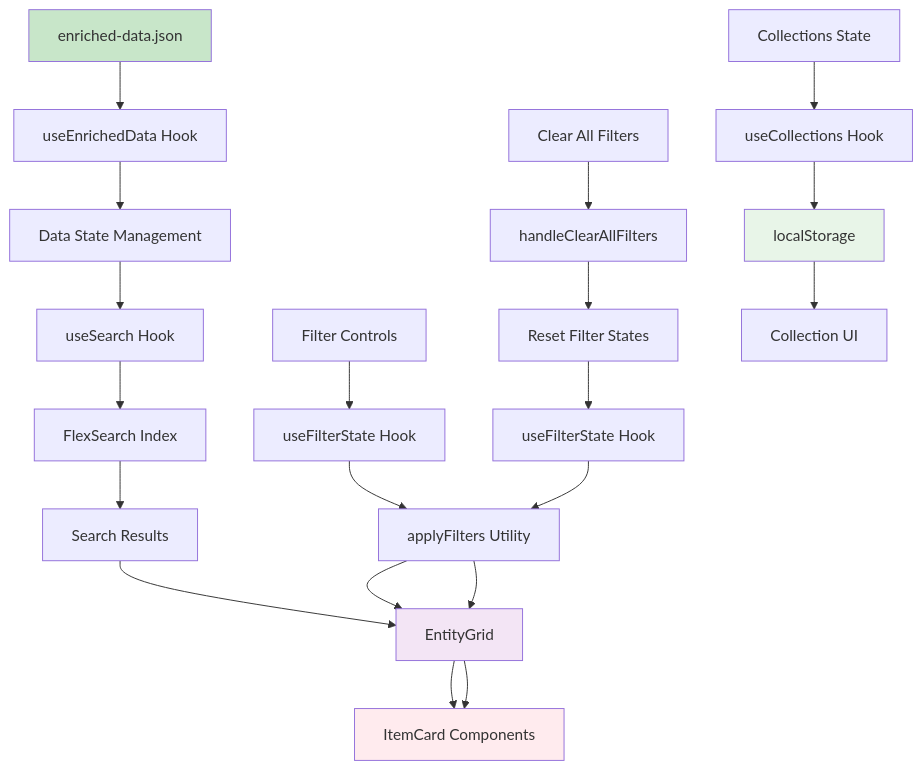
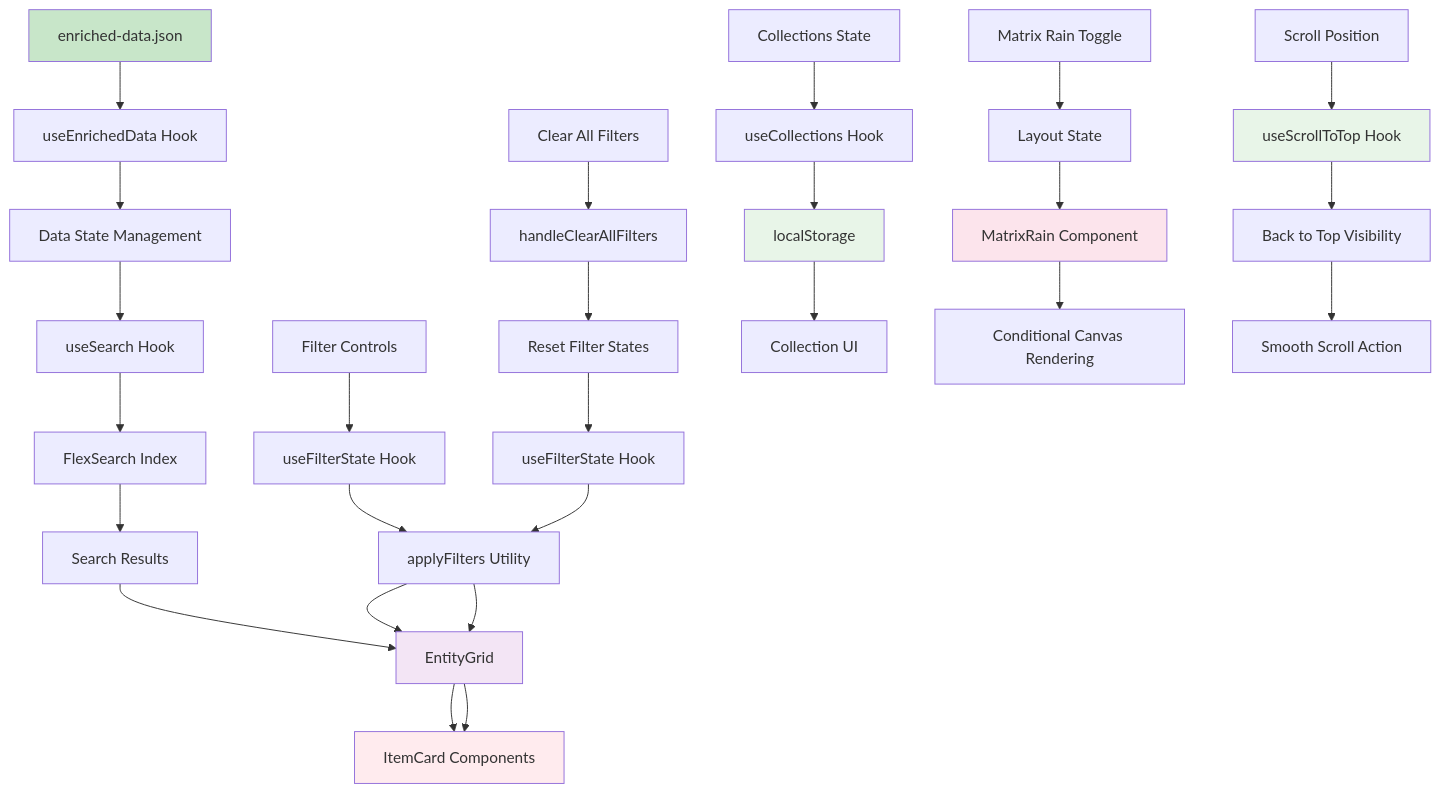
Before and after one commit to AustroMelee/Austros-ATLA-World: the fourth of 18 diagrams in docs/data flow.md, drawn with Mermaid. The commit also changed other lines of this file and 132 other files, not shown here.

````diff
--- a/docs/data flow.md
+++ b/docs/data flow.md
@@ -95,31 +102,41 @@
 ```mermaid
 graph TD
     A[enriched-data.json] --> B[useEnrichedData Hook]
     B --> C[Data State Management]
     C --> D[useSearch Hook]
     D --> E[FlexSearch Index]
     E --> F[Search Results]
     
     G[Filter Controls] --> H[useFilterState Hook]
     H --> I[applyFilters Utility]
     I --> J[useMemo Cache]
     J --> K[Filtered Data]
     
     L[Clear All Filters] --> M[handleClearAllFilters]
     M --> N[Reset Filter States]
     N --> O[useFilterState Hook]
     O --> I
     
     F --> J[EntityGrid]
     I --> J
     J --> K[ItemCard Components]
     
     P[Collections State] --> Q[useCollections Hook]
     Q --> R[localStorage]
     R --> S[Collection UI]
     
+    T[Matrix Rain Toggle] --> U[Layout State]
+    U --> V[MatrixRain Component]
+    V --> W[Conditional Canvas Rendering]
+    
+    X[Scroll Position] --> Y[useScrollToTop Hook]
+    Y --> Z[Back to Top Visibility]
+    Z --> AA[Smooth Scroll Action]
+    
     style A fill:#c8e6c9
     style J fill:#f3e5f5
     style K fill:#ffebee
     style R fill:#e8f5e8
+    style V fill:#fce4ec
+    style Y fill:#e8f5e8
 ```
````
